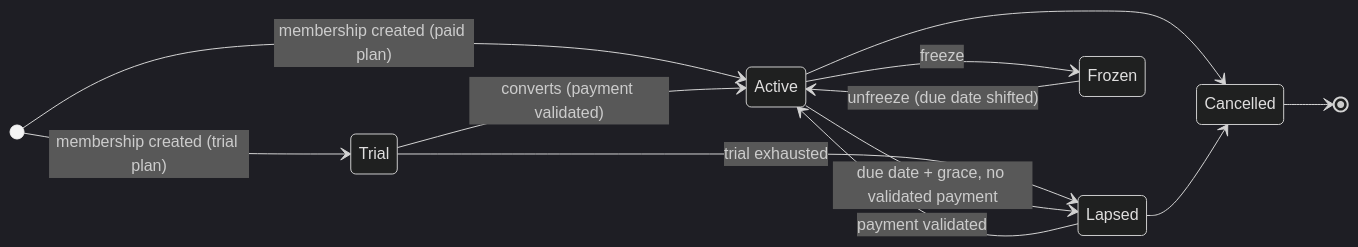
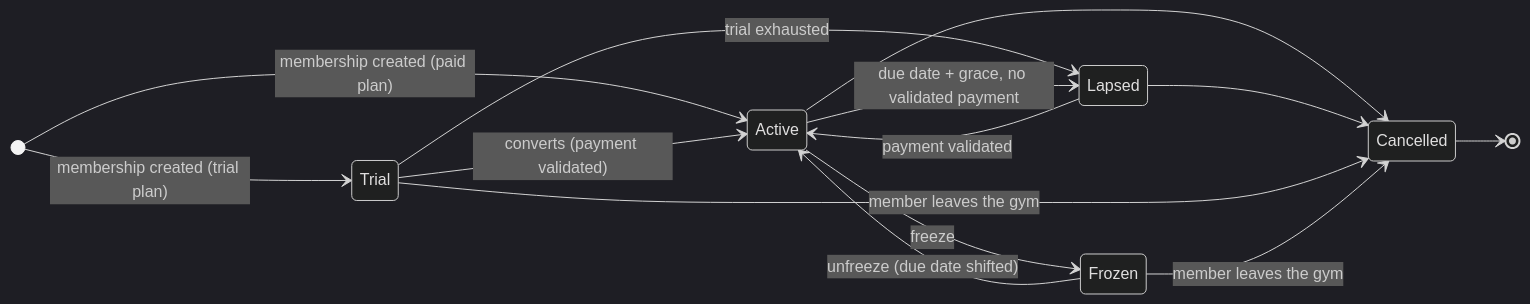
Before and after one commit to rakin-app/rakin: the first of 3 diagrams in docs/technical.md, drawn with Mermaid (dark theme). The commit also changed other lines of this file and 45 other files, not shown here.

````diff
--- a/docs/technical.md
+++ b/docs/technical.md
@@ -72,15 +72,17 @@
 ```mermaid
 stateDiagram-v2
     direction LR
     [*] --> Trial: membership created (trial plan)
     [*] --> Active: membership created (paid plan)
     Trial --> Active: converts (payment validated)
     Trial --> Lapsed: trial exhausted
     Active --> Frozen: freeze
     Frozen --> Active: unfreeze (due date shifted)
     Active --> Lapsed: due date + grace, no validated payment
     Lapsed --> Active: payment validated
     Active --> Cancelled
     Lapsed --> Cancelled
+    Trial --> Cancelled: member leaves the gym
+    Frozen --> Cancelled: member leaves the gym
     Cancelled --> [*]
 ```
````
